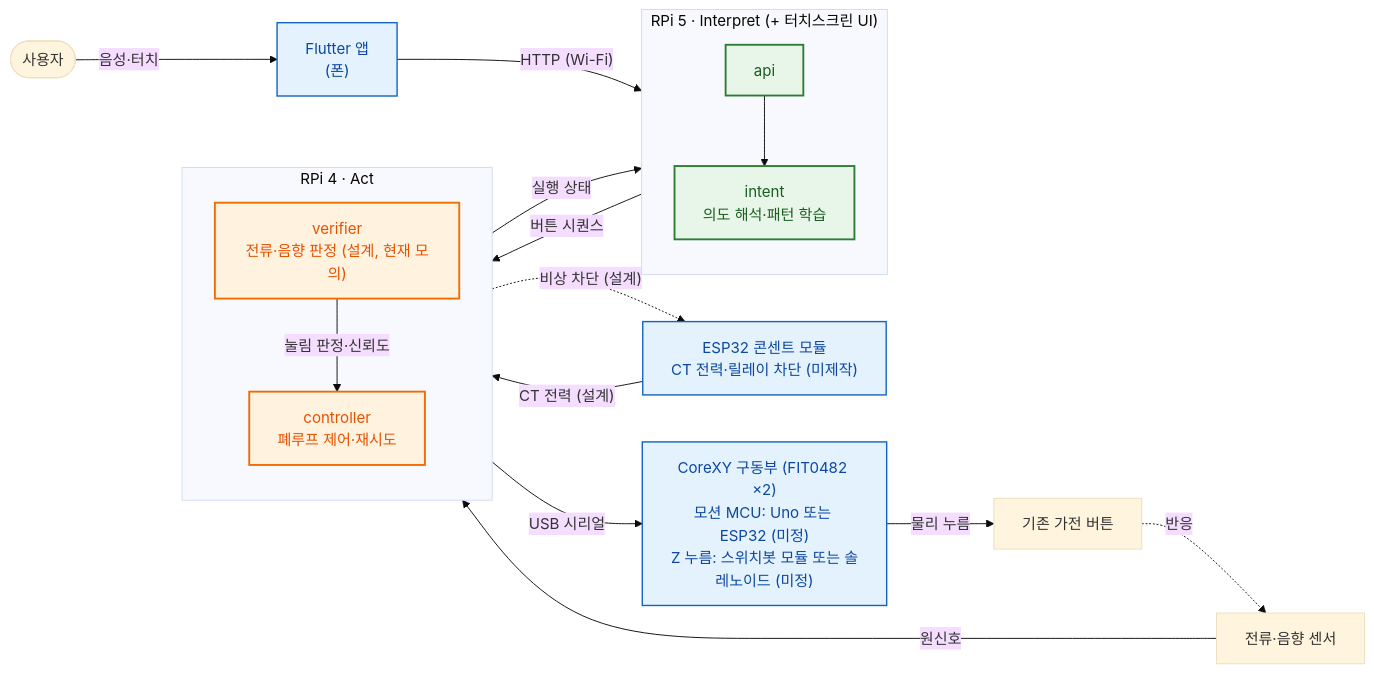
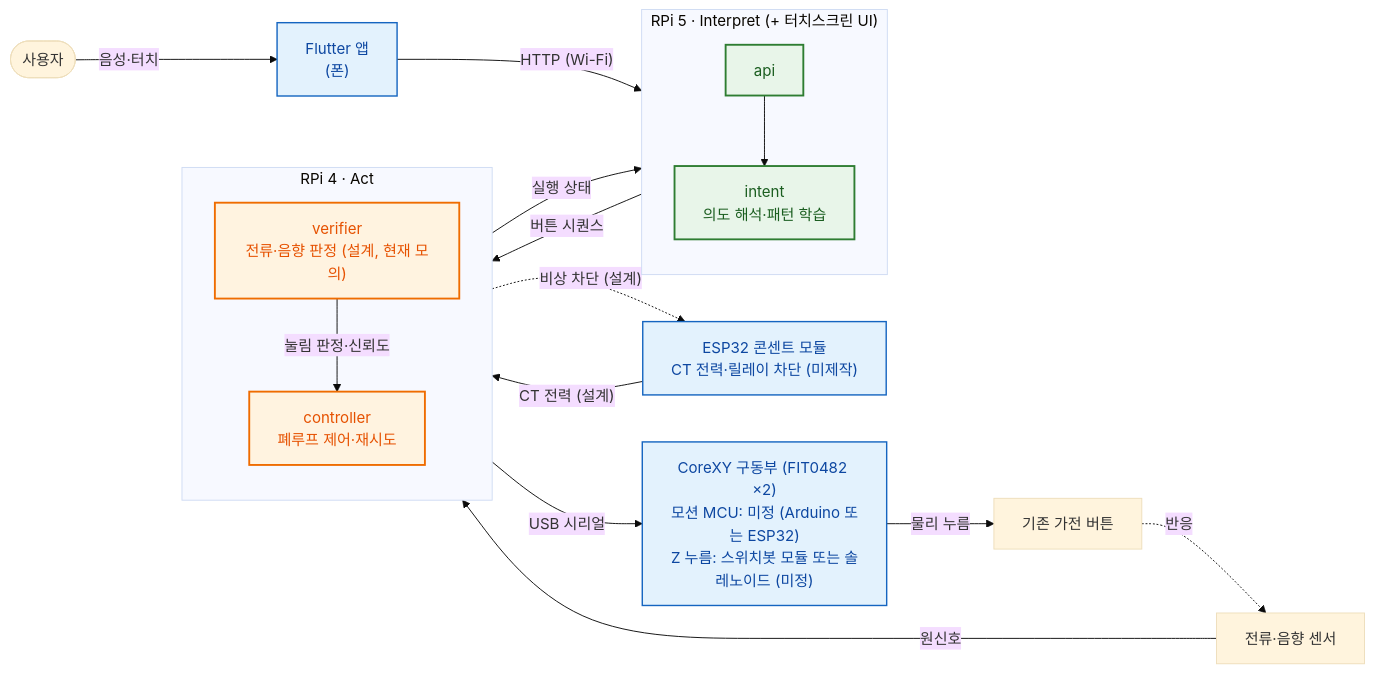
One commit to Seongwonp/Simplelay changed the diagram in README.md. Above: the diagram before and after it, drawn with Mermaid (base theme). The commit also changed other lines of this file and 72 other files, not shown here.

````diff
--- a/README.md
+++ b/README.md
@@ -42,43 +55,43 @@
 ```mermaid
 flowchart LR
     user(["사용자"])
     app["Flutter 앱<br/>(폰)"]
     outlet["ESP32 콘센트 모듈<br/>CT 전력·릴레이 차단 (미제작)"]
 
     subgraph rpi5["RPi 5 · Interpret (+ 터치스크린 UI)"]
         direction TB
         api["api"]
         intent["intent<br/>의도 해석·패턴 학습"]
         api --> intent
     end
 
     subgraph rpi4["RPi 4 · Act"]
         direction TB
         controller["controller<br/>폐루프 제어·재시도"]
         verifier["verifier<br/>전류·음향 판정 (설계, 현재 모의)"]
         verifier -->|"눌림 판정·신뢰도"| controller
     end
 
-    hw["CoreXY 구동부 (FIT0482 ×2)<br/>모션 MCU: Uno 또는 ESP32 (미정)<br/>Z 누름: 스위치봇 모듈 또는 솔레노이드 (미정)"]
+    hw["CoreXY 구동부 (FIT0482 ×2)<br/>모션 MCU: 미정 (Arduino 또는 ESP32)<br/>Z 누름: 스위치봇 모듈 또는 솔레노이드 (미정)"]
     sensors["전류·음향 센서"]
     appliance["기존 가전 버튼"]
 
     user -->|"음성·터치"| app
     app -->|"HTTP (Wi-Fi)"| api
 
     intent -->|"버튼 시퀀스"| controller
     controller -->|"실행 상태"| intent
     controller -->|"USB 시리얼"| hw
     outlet -->|"CT 전력 (설계)"| verifier
     controller -.->|"비상 차단 (설계)"| outlet
     hw -->|"물리 누름"| appliance
     appliance -.->|"반응"| sensors
     sensors -->|"원신호"| verifier
 
     classDef rpi5Layer fill:#e8f5e9,stroke:#2e7d32,stroke-width:2px,color:#1b5e20;
     classDef rpi4Layer fill:#fff3e0,stroke:#ef6c00,stroke-width:2px,color:#e65100;
     classDef bridgeLayer fill:#e3f2fd,stroke:#1565c0,stroke-width:1.5px,color:#0d47a1;
     class api,intent rpi5Layer;
     class controller,verifier rpi4Layer;
     class app,outlet,hw bridgeLayer;
 ```
````
